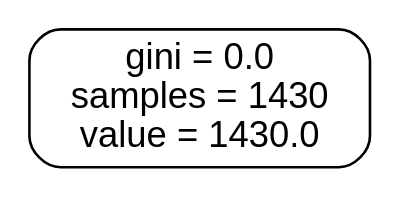
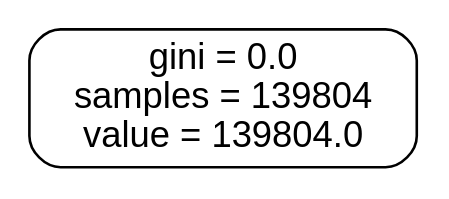
Before and after one commit to Steffanic/ML-Jet-BG-Subtraction: the diagram in Oracles/Oracle_0.3_20.dot, drawn with Graphviz. The commit also changed 282 other files, not shown here.

```diff
--- a/Oracles/Oracle_0.3_20.dot
+++ b/Oracles/Oracle_0.3_20.dot
@@ -1,5 +1,5 @@
 digraph Tree {
 node [shape=box, style="filled, rounded", color="black", fontname=helvetica] ;
 edge [fontname=helvetica] ;
-0 [label="gini = 0.0\nsamples = 1430\nvalue = 1430.0", fillcolor="#ffffff"] ;
+0 [label="gini = 0.0\nsamples = 139804\nvalue = 139804.0", fillcolor="#ffffff"] ;
 }
```
